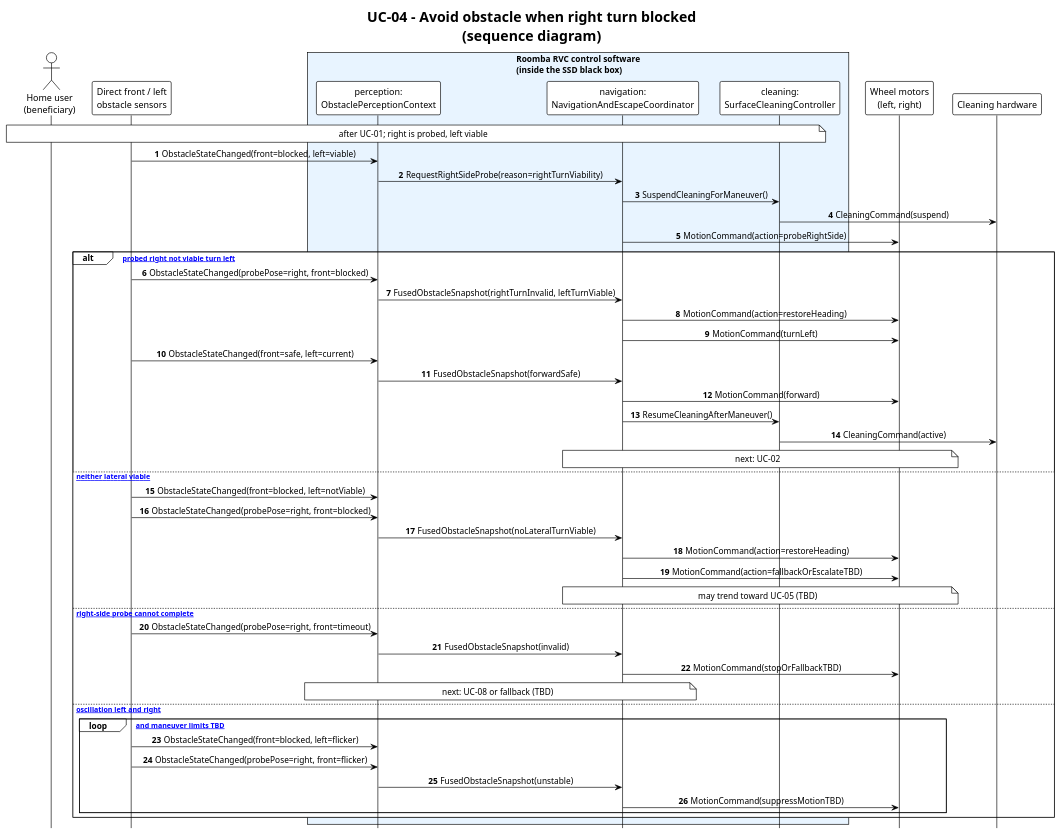
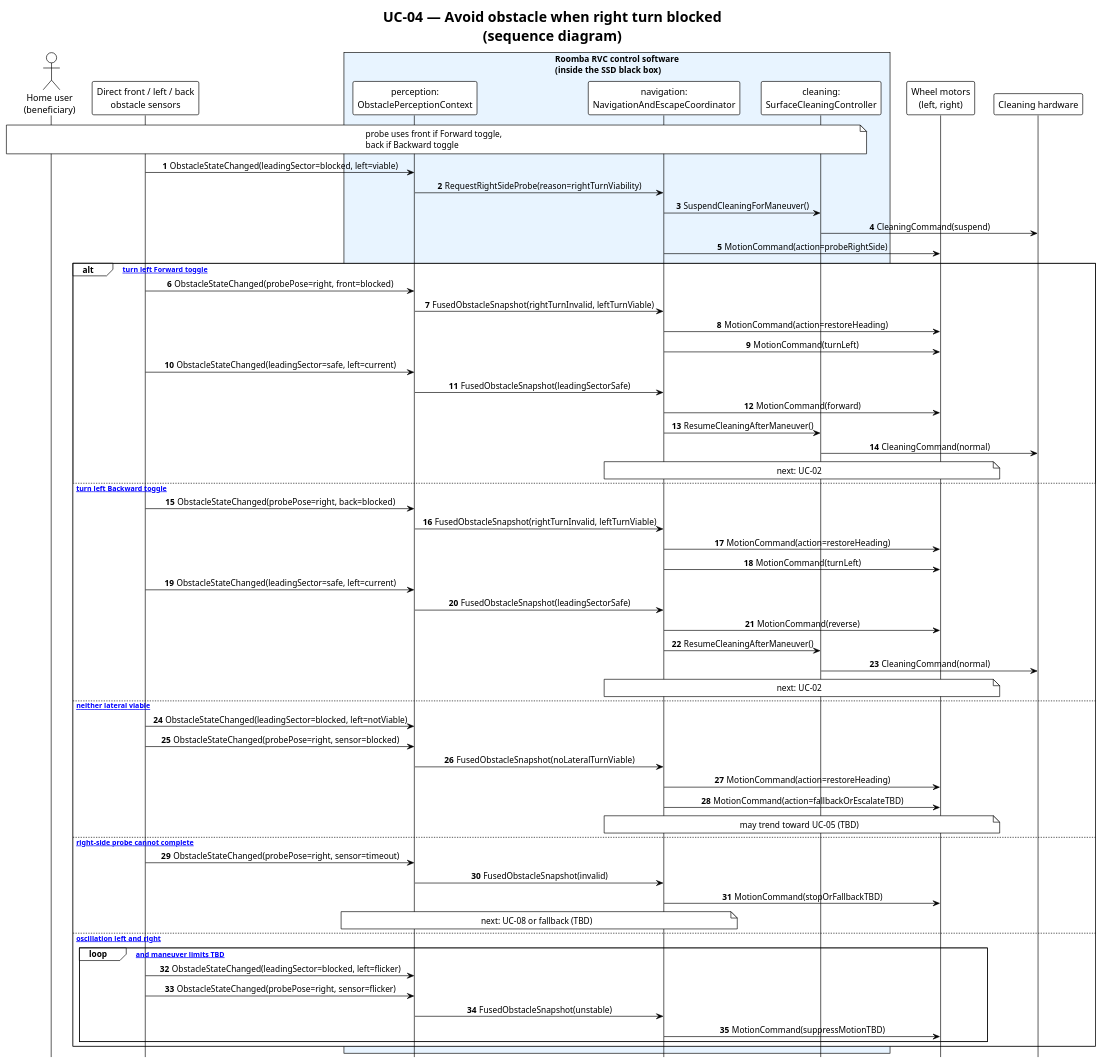
The diagram in 2nd ooad/03_diagrams/sd/UC04_sequence.puml (Deilise/OOAD-with-AI), drawn with PlantUML before and after one commit. The commit also changed 101 other files, not shown here.

First line of the commit message:
Align RVC stack to SRS/use-case v0.7.2 (travelToggle, back sensor, dust maneuver).

```diff
--- a/2nd ooad/03_diagrams/sd/UC04_sequence.puml
+++ b/2nd ooad/03_diagrams/sd/UC04_sequence.puml
@@ -1,61 +1,72 @@
 @startuml UC04_sequence
 !theme plain
 hide footbox
 skinparam sequenceMessageAlign center
 skinparam responseMessageBelowArrow true
 skinparam BoxPadding 10
 autonumber
 
-title UC-04 - Avoid obstacle when right turn blocked\n(sequence diagram)
+title UC-04 — Avoid obstacle when right turn blocked\n(sequence diagram)
 
 actor "Home user\n(beneficiary)" as User
-participant "Direct front / left\nobstacle sensors" as Obs
+participant "Direct front / left / back\nobstacle sensors" as Obs
 box "Roomba RVC control software\n(inside the SSD black box)" #E8F4FF
   participant "perception:\nObstaclePerceptionContext" as Perception
   participant "navigation:\nNavigationAndEscapeCoordinator" as Nav
   participant "cleaning:\nSurfaceCleaningController" as Clean
 end box
 participant "Wheel motors\n(left, right)" as Motors
 participant "Cleaning hardware" as CleanHW
 
-note over User, Clean : after UC-01; right is probed, left viable
+note over User, Clean : probe uses front if Forward toggle,\nback if Backward toggle
 
-Obs -> Perception : ObstacleStateChanged(front=blocked, left=viable)
+Obs -> Perception : ObstacleStateChanged(leadingSector=blocked, left=viable)
 Perception -> Nav : RequestRightSideProbe(reason=rightTurnViability)
 Nav -> Clean : SuspendCleaningForManeuver()
 Clean -> CleanHW : CleaningCommand(suspend)
 Nav -> Motors : MotionCommand(action=probeRightSide)
 
-alt [typical probed right not viable turn left]
+alt [typical turn left Forward toggle]
   Obs -> Perception : ObstacleStateChanged(probePose=right, front=blocked)
   Perception -> Nav : FusedObstacleSnapshot(rightTurnInvalid, leftTurnViable)
   Nav -> Motors : MotionCommand(action=restoreHeading)
   Nav -> Motors : MotionCommand(turnLeft)
-  Obs -> Perception : ObstacleStateChanged(front=safe, left=current)
-  Perception -> Nav : FusedObstacleSnapshot(forwardSafe)
+  Obs -> Perception : ObstacleStateChanged(leadingSector=safe, left=current)
+  Perception -> Nav : FusedObstacleSnapshot(leadingSectorSafe)
   Nav -> Motors : MotionCommand(forward)
   Nav -> Clean : ResumeCleaningAfterManeuver()
-  Clean -> CleanHW : CleaningCommand(active)
+  Clean -> CleanHW : CleaningCommand(normal)
+  note over Nav, Motors : next: UC-02
+else [typical turn left Backward toggle]
+  Obs -> Perception : ObstacleStateChanged(probePose=right, back=blocked)
+  Perception -> Nav : FusedObstacleSnapshot(rightTurnInvalid, leftTurnViable)
+  Nav -> Motors : MotionCommand(action=restoreHeading)
+  Nav -> Motors : MotionCommand(turnLeft)
+  Obs -> Perception : ObstacleStateChanged(leadingSector=safe, left=current)
+  Perception -> Nav : FusedObstacleSnapshot(leadingSectorSafe)
+  Nav -> Motors : MotionCommand(reverse)
+  Nav -> Clean : ResumeCleaningAfterManeuver()
+  Clean -> CleanHW : CleaningCommand(normal)
   note over Nav, Motors : next: UC-02
 else [A1 neither lateral viable]
-  Obs -> Perception : ObstacleStateChanged(front=blocked, left=notViable)
-  Obs -> Perception : ObstacleStateChanged(probePose=right, front=blocked)
+  Obs -> Perception : ObstacleStateChanged(leadingSector=blocked, left=notViable)
+  Obs -> Perception : ObstacleStateChanged(probePose=right, sensor=blocked)
   Perception -> Nav : FusedObstacleSnapshot(noLateralTurnViable)
   Nav -> Motors : MotionCommand(action=restoreHeading)
   Nav -> Motors : MotionCommand(action=fallbackOrEscalateTBD)
   note over Nav, Motors : may trend toward UC-05 (TBD)
 else [A2 right-side probe cannot complete]
-  Obs -> Perception : ObstacleStateChanged(probePose=right, front=timeout)
+  Obs -> Perception : ObstacleStateChanged(probePose=right, sensor=timeout)
   Perception -> Nav : FusedObstacleSnapshot(invalid)
   Nav -> Motors : MotionCommand(stopOrFallbackTBD)
   note over Perception, Nav : next: UC-08 or fallback (TBD)
 else [E1 oscillation left and right]
   loop [debounce and maneuver limits TBD]
-    Obs -> Perception : ObstacleStateChanged(front=blocked, left=flicker)
-    Obs -> Perception : ObstacleStateChanged(probePose=right, front=flicker)
+    Obs -> Perception : ObstacleStateChanged(leadingSector=blocked, left=flicker)
+    Obs -> Perception : ObstacleStateChanged(probePose=right, sensor=flicker)
     Perception -> Nav : FusedObstacleSnapshot(unstable)
     Nav -> Motors : MotionCommand(suppressMotionTBD)
   end
 end
 
 @enduml
```
